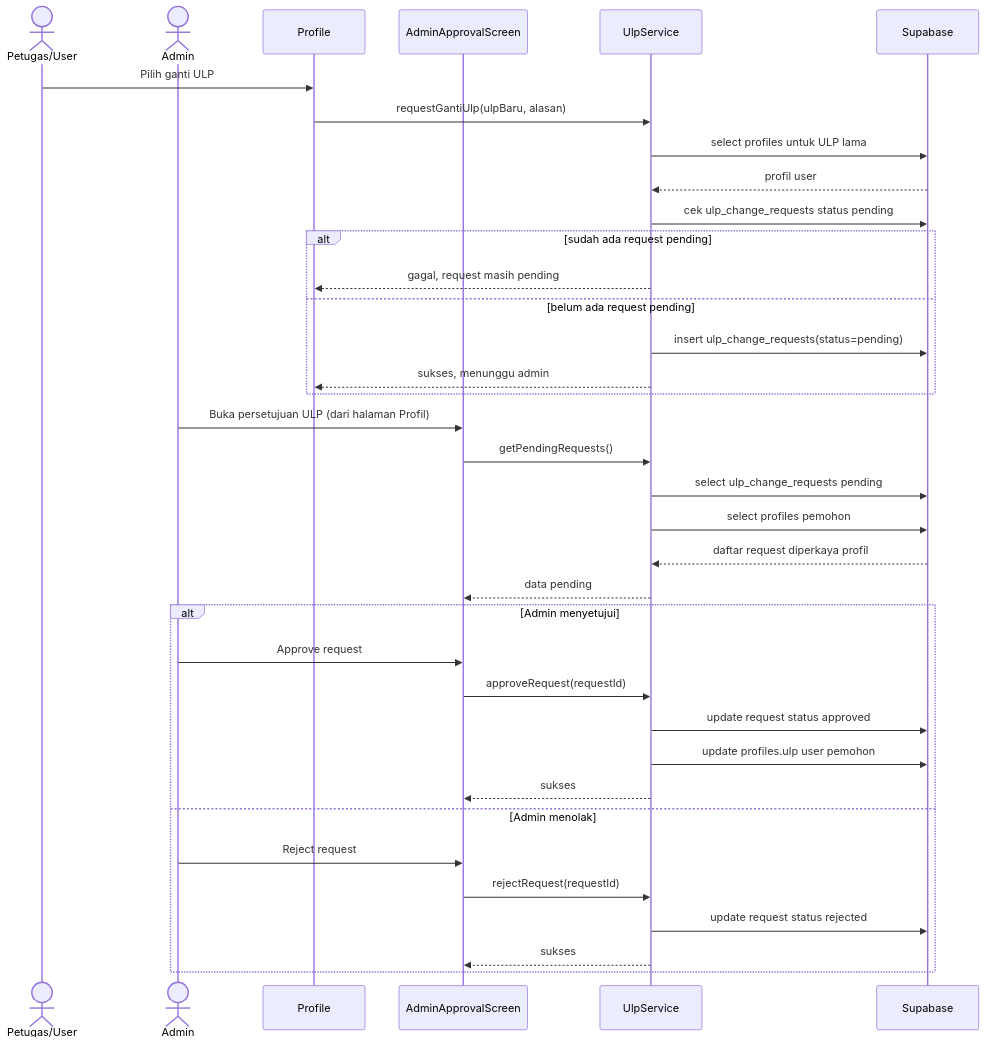
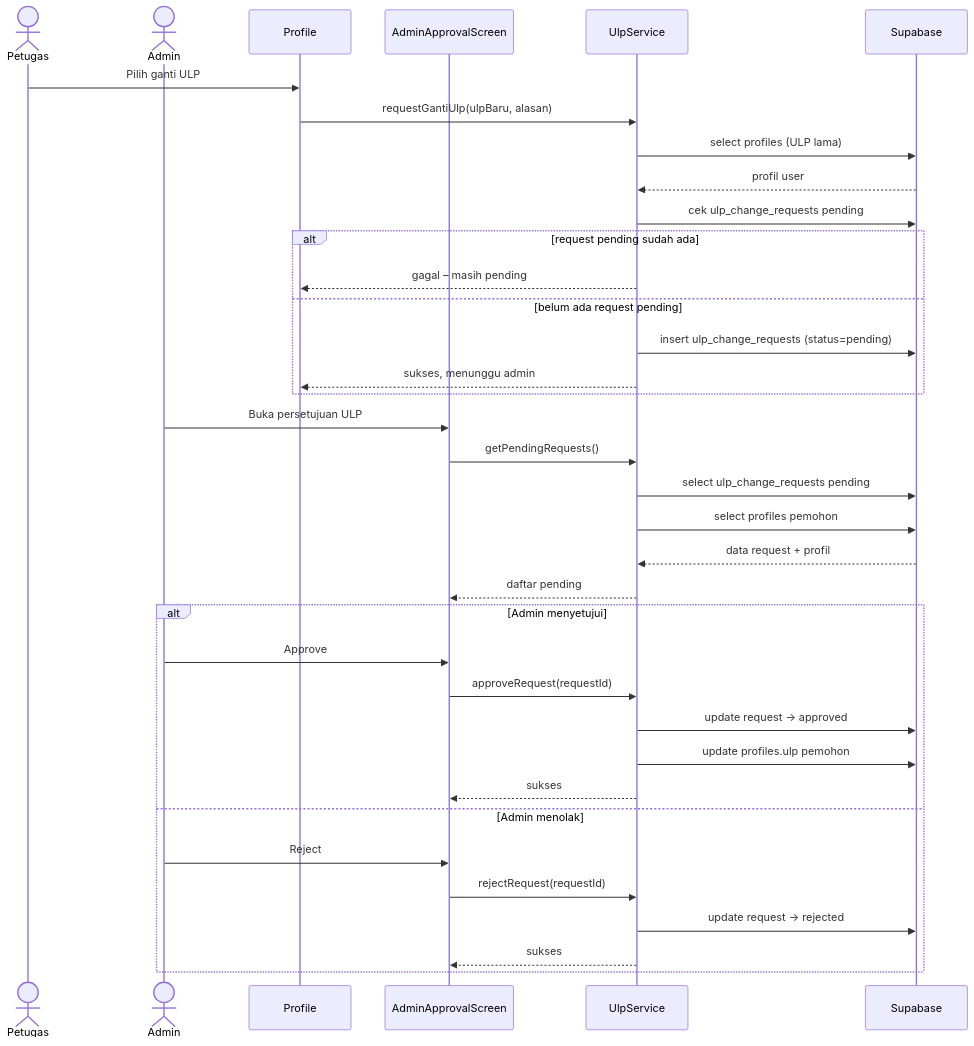
The fifth of 10 diagrams in docs/skripsi/diagram-uml.md (aarif29/elsafe), drawn with Mermaid before and after one commit. The commit also changed other lines of this file and 59 other files, not shown here.

First line of the commit message:
docs: perbarui diagram UML, output graphify, dan konfigurasi tool

````diff
--- a/docs/skripsi/diagram-uml.md
+++ b/docs/skripsi/diagram-uml.md
@@ -440,41 +328,41 @@
 ```mermaid
 sequenceDiagram
-  actor User as Petugas/User
+  actor User as Petugas
   actor Admin
   participant Profile
   participant Approval as AdminApprovalScreen
   participant US as UlpService
   participant SB as Supabase
 
   User->>Profile: Pilih ganti ULP
   Profile->>US: requestGantiUlp(ulpBaru, alasan)
-  US->>SB: select profiles untuk ULP lama
+  US->>SB: select profiles (ULP lama)
   SB-->>US: profil user
-  US->>SB: cek ulp_change_requests status pending
-  alt sudah ada request pending
-    US-->>Profile: gagal, request masih pending
+  US->>SB: cek ulp_change_requests pending
+  alt request pending sudah ada
+    US-->>Profile: gagal – masih pending
   else belum ada request pending
-    US->>SB: insert ulp_change_requests(status=pending)
+    US->>SB: insert ulp_change_requests (status=pending)
     US-->>Profile: sukses, menunggu admin
   end
 
-  Admin->>Approval: Buka persetujuan ULP (dari halaman Profil)
+  Admin->>Approval: Buka persetujuan ULP
   Approval->>US: getPendingRequests()
   US->>SB: select ulp_change_requests pending
   US->>SB: select profiles pemohon
-  SB-->>US: daftar request diperkaya profil
-  US-->>Approval: data pending
+  SB-->>US: data request + profil
+  US-->>Approval: daftar pending
 
   alt Admin menyetujui
-    Admin->>Approval: Approve request
+    Admin->>Approval: Approve
     Approval->>US: approveRequest(requestId)
-    US->>SB: update request status approved
-    US->>SB: update profiles.ulp user pemohon
+    US->>SB: update request → approved
+    US->>SB: update profiles.ulp pemohon
     US-->>Approval: sukses
   else Admin menolak
-    Admin->>Approval: Reject request
+    Admin->>Approval: Reject
     Approval->>US: rejectRequest(requestId)
-    US->>SB: update request status rejected
+    US->>SB: update request → rejected
     US-->>Approval: sukses
   end
 ```
````
